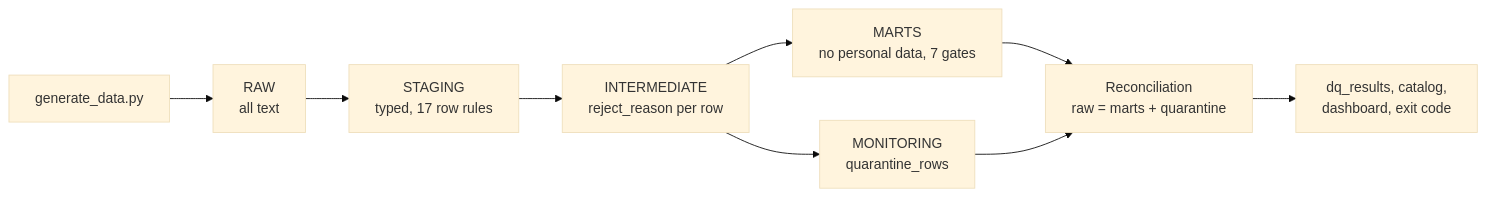
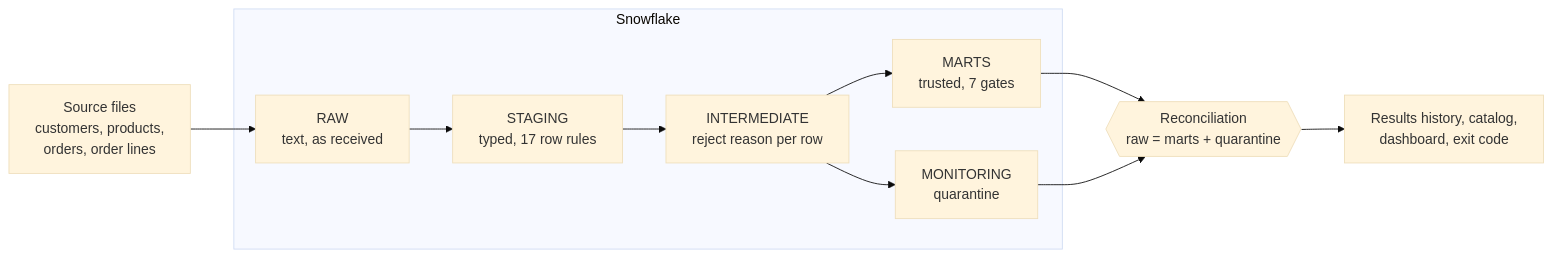
One commit to gbadedata/commerce-elt-platform changed the diagram in README.md. Above: the diagram before and after it, drawn with Mermaid (base theme). The commit also changed other lines of this file and 6 other files, not shown here.

````diff
--- a/README.md
+++ b/README.md
@@ -22,11 +58,15 @@
 ```mermaid
 flowchart LR
-    G[generate_data.py] --> R[RAW<br>all text]
-    R --> S[STAGING<br>typed, 17 row rules]
-    S --> I[INTERMEDIATE<br>reject_reason per row]
-    I --> M[MARTS<br>no personal data, 7 gates]
-    I --> Q[MONITORING<br>quarantine_rows]
-    M --> C[Reconciliation<br>raw = marts + quarantine]
-    Q --> C
-    C --> D[dq_results, catalog,<br>dashboard, exit code]
+    SRC["Source files<br/>customers, products,<br/>orders, order lines"] --> RAW
+
+    subgraph SF["Snowflake"]
+        RAW["RAW<br/>text, as received"] --> STG["STAGING<br/>typed, 17 row rules"]
+        STG --> INT["INTERMEDIATE<br/>reject reason per row"]
+        INT --> MART["MARTS<br/>trusted, 7 gates"]
+        INT --> Q["MONITORING<br/>quarantine"]
+    end
+
+    MART --> REC{{"Reconciliation<br/>raw = marts + quarantine"}}
+    Q --> REC
+    REC --> OUT["Results history, catalog,<br/>dashboard, exit code"]
 ```
````
